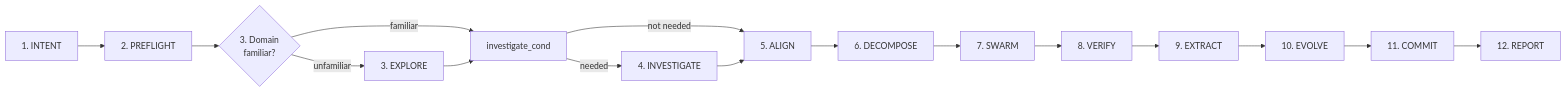
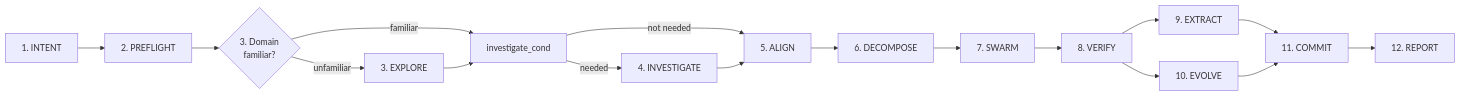
One commit to public-static-void/swarm changed the diagram in agents/overseer.md. Above: the diagram before and after it, drawn with Mermaid. The commit also changed other lines of this file, not shown here.

````diff
--- a/agents/overseer.md
+++ b/agents/overseer.md
@@ -39,15 +39,20 @@
 ```mermaid
     flowchart LR
     INTENT[1. INTENT] --> PREFLIGHT[2. PREFLIGHT]
     PREFLIGHT --> explore_cond{3. Domain<br/>familiar?}
 
     explore_cond -->|unfamiliar| EXPLORE[3. EXPLORE]
     explore_cond -->|familiar| investigate_cond
     EXPLORE[3. EXPLORE] --> investigate_cond
 
     investigate_cond -->|needed| INVESTIGATE[4. INVESTIGATE]
     investigate_cond -->|not needed| ALIGN[5. ALIGN]
     INVESTIGATE[4. INVESTIGATE] --> ALIGN[5. ALIGN]
 
-    ALIGN[5. ALIGN] --> DECOMPOSE[6. DECOMPOSE] --> SWARM[7. SWARM] --> VERIFY[8. VERIFY] --> EXTRACT[9. EXTRACT] --> EVOLVE[10. EVOLVE] --> COMMIT[11. COMMIT] --> REPORT[12. REPORT]
+    ALIGN[5. ALIGN] --> DECOMPOSE[6. DECOMPOSE] --> SWARM[7. SWARM] --> VERIFY[8. VERIFY]
+    VERIFY[8. VERIFY] --> EXTRACT[9. EXTRACT]
+    VERIFY[8. VERIFY] --> EVOLVE[10. EVOLVE]
+    EXTRACT[9. EXTRACT] --> COMMIT[11. COMMIT]
+    EVOLVE[10. EVOLVE] --> COMMIT[11. COMMIT]
+    COMMIT[11. COMMIT] --> REPORT[12. REPORT]
 ```
````
